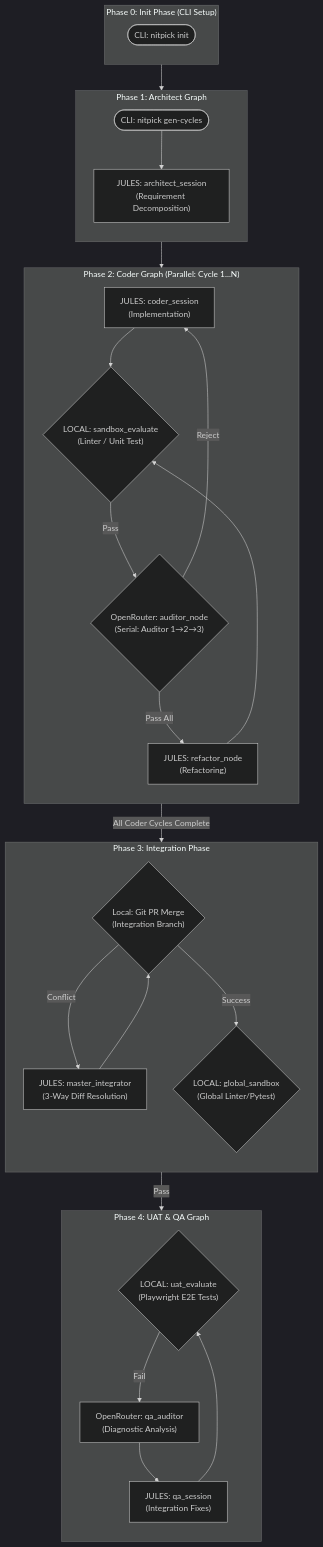
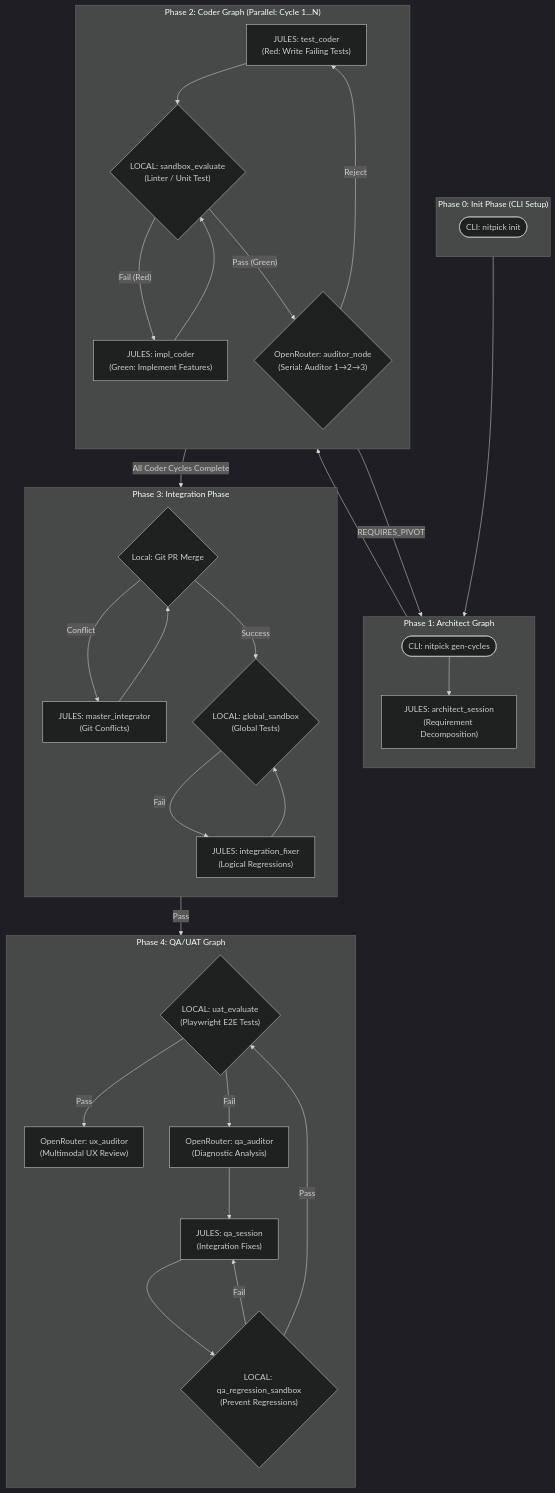
Before and after one commit to tsuyama1990/nitpickers: the diagram in README.md, drawn with Mermaid (dark theme). The commit also changed 12 other files, not shown here.

````diff
--- a/README.md
+++ b/README.md
@@ -21,62 +21,70 @@
 ```mermaid
 flowchart TD
     %% Phase0: Init Phase (CLI Setup)
     subgraph Phase0 ["Phase 0: Init Phase (CLI Setup)"]
         direction TB
         InitCmd([CLI: nitpick init])
     end
 
     %% Phase1: Architect Graph
     subgraph Phase1 ["Phase 1: Architect Graph"]
         direction TB
         InitCmd2([CLI: nitpick gen-cycles])
         ArchSession["JULES: architect_session\n(Requirement Decomposition)"]
         InitCmd2 --> ArchSession
     end
 
-    %% Phase2: Coder Graph
+    %% Phase2: Coder Graph (TDD Enforced)
     subgraph Phase2 ["Phase 2: Coder Graph (Parallel: Cycle 1...N)"]
         direction TB
-        CoderSession["JULES: coder_session\n(Implementation)"]
+        TestCoder["JULES: test_coder\n(Red: Write Failing Tests)"]
+        ImplCoder["JULES: impl_coder\n(Green: Implement Features)"]
         SandboxEval{"LOCAL: sandbox_evaluate\n(Linter / Unit Test)"}
         AuditorNode{"OpenRouter: auditor_node\n(Serial: Auditor 1→2→3)"}
-        RefactorNode["JULES: refactor_node\n(Refactoring)"]
 
-        CoderSession --> SandboxEval
-        SandboxEval -- "Pass" --> AuditorNode
-        AuditorNode -- "Reject" --> CoderSession
-        AuditorNode -- "Pass All" --> RefactorNode
-        RefactorNode --> SandboxEval
+        TestCoder --> SandboxEval
+        SandboxEval -- "Fail (Red)" --> ImplCoder
+        ImplCoder --> SandboxEval
+        SandboxEval -- "Pass (Green)" --> AuditorNode
+        AuditorNode -- "Reject" --> TestCoder
     end
 
     %% Phase3: Integration Phase
     subgraph Phase3 ["Phase 3: Integration Phase"]
         direction TB
-        MergeTry{"Local: Git PR Merge\n(Integration Branch)"}
-        MasterIntegrator["JULES: master_integrator\n(3-Way Diff Resolution)"]
-        GlobalSandbox{"LOCAL: global_sandbox\n(Global Linter/Pytest)"}
+        MergeTry{"Local: Git PR Merge"}
+        MasterIntegrator["JULES: master_integrator\n(Git Conflicts)"]
+        GlobalSandbox{"LOCAL: global_sandbox\n(Global Tests)"}
+        IntegrationFixer["JULES: integration_fixer\n(Logical Regressions)"]
+
+        MergeTry -- "Conflict" --> MasterIntegrator
+        MasterIntegrator --> MergeTry
+        MergeTry -- "Success" --> GlobalSandbox
+        GlobalSandbox -- "Fail" --> IntegrationFixer
+        IntegrationFixer --> GlobalSandbox
     end
 
-    %% Phase4: UAT & QA Graph
-    subgraph Phase4 ["Phase 4: UAT & QA Graph"]
+    %% Phase4: QA/UAT Graph
+    subgraph Phase4 ["Phase 4: QA/UAT Graph"]
         direction TB
         UatEval{"LOCAL: uat_evaluate\n(Playwright E2E Tests)"}
+        UxAuditor["OpenRouter: ux_auditor\n(Multimodal UX Review)"]
         QaAuditor["OpenRouter: qa_auditor\n(Diagnostic Analysis)"]
         QaSession["JULES: qa_session\n(Integration Fixes)"]
+        QaRegression{"LOCAL: qa_regression_sandbox\n(Prevent Regressions)"}
+
+        UatEval -- "Pass" --> UxAuditor
+        UatEval -- "Fail" --> QaAuditor
+        QaAuditor --> QaSession
+        QaSession --> QaRegression
+        QaRegression -- "Fail" --> QaSession
+        QaRegression -- "Pass" --> UatEval
     end
 
     %% Inter-Phase Connections
     Phase0 --> Phase1
     Phase1 --> Phase2
     Phase2 -- "All Coder Cycles Complete" --> MergeTry
-
-    MergeTry -- "Conflict" --> MasterIntegrator
-    MasterIntegrator --> MergeTry
-    MergeTry -- "Success" --> GlobalSandbox
-
+    Phase2 -- "REQUIRES_PIVOT" --> Phase1
     GlobalSandbox -- "Pass" --> UatEval
-
-    UatEval -- "Fail" --> QaAuditor
-    QaAuditor --> QaSession
-    QaSession --> UatEval
 ```
````
